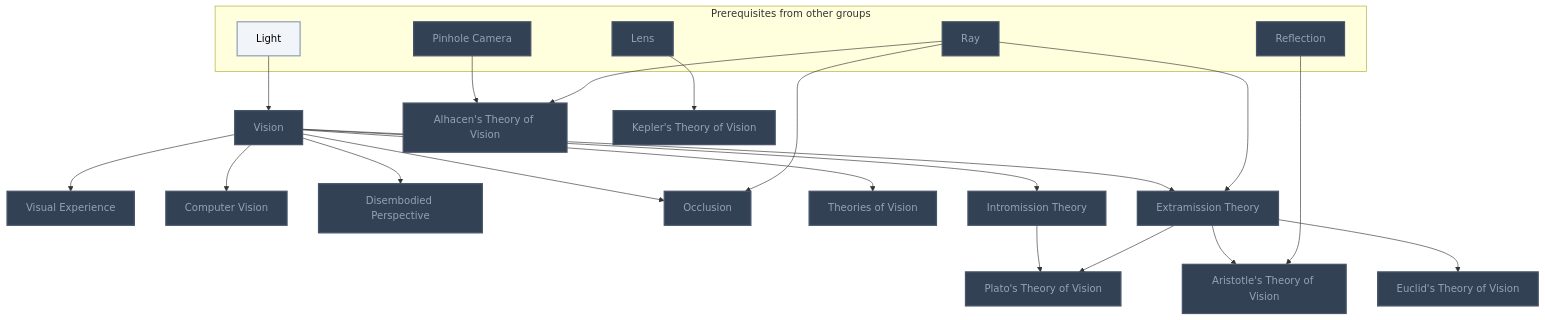
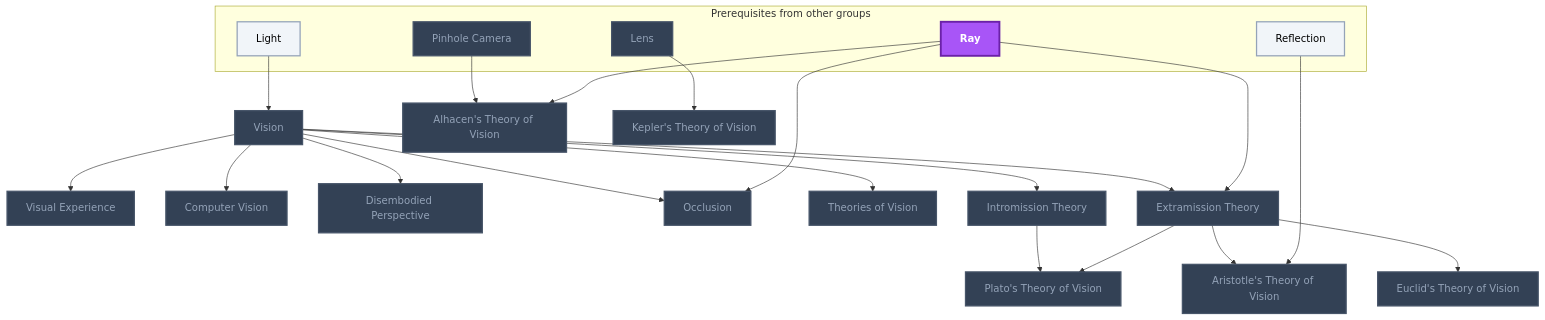
Before and after one commit to MRauf1/My-Notes: the first of 11 diagrams in Gamification/Skill Trees/Computer Vision.md, drawn with Mermaid. The commit also changed other lines of this file and 156 other files, not shown here.

````diff
--- a/Gamification/Skill Trees/Computer Vision.md
+++ b/Gamification/Skill Trees/Computer Vision.md
@@ -14,53 +14,54 @@
 ```mermaid
 flowchart TD
     classDef planned fill:#1E293B,stroke:#64748B,stroke-width:2px,stroke-dasharray:5 5,color:#94A3B8;
     classDef locked fill:#334155,stroke:#475569,stroke-width:2px,color:#94A3B8;
     classDef L0 fill:#F1F5F9,stroke:#94A3B8,stroke-width:2px,color:#000000;
     classDef L1 fill:#22C55E,stroke:#15803D,stroke-width:2px,color:#000000;
     classDef L2 fill:#3B82F6,stroke:#1D4ED8,stroke-width:3px,color:#FFFFFF;
     classDef L3 fill:#A855F7,stroke:#6B21A8,stroke-width:3px,color:#FFFFFF,font-weight:bold;
     classDef L4 fill:#F97316,stroke:#C2410C,stroke-width:4px,color:#000000,font-weight:bold;
     classDef L5 fill:#FFD700,stroke:#FF8C00,stroke-width:5px,color:#000000,font-weight:bold;
     classDef rusty stroke:#8B4513,stroke-width:4px,stroke-dasharray:3 3;
     subgraph sg_prereqs["Prerequisites from other groups"]
         n_light["Light"]
         n_ray["Ray"]
         n_reflection["Reflection"]
         n_pinhole_camera["Pinhole Camera"]
         n_lens["Lens"]
     end
     n_vision["Vision"]
     n_visual_experience["Visual Experience"]
     n_computer_vision["Computer Vision"]
     n_disembodied_perspective["Disembodied Perspective"]
     n_occlusion["Occlusion"]
     n_theories_of_vision["Theories of Vision"]
     n_extramission_theory["Extramission Theory"]
     n_intromission_theory["Intromission Theory"]
     n_plato_s_theory_of_vision["Plato's Theory of Vision"]
     n_aristotle_s_theory_of_vision["Aristotle's Theory of Vision"]
     n_euclid_s_theory_of_vision["Euclid's Theory of Vision"]
     n_alhacen_s_theory_of_vision["Alhacen's Theory of Vision"]
     n_kepler_s_theory_of_vision["Kepler's Theory of Vision"]
     n_light --> n_vision
     n_vision --> n_visual_experience
     n_vision --> n_computer_vision
     n_vision --> n_disembodied_perspective
     n_ray --> n_occlusion
     n_vision --> n_occlusion
     n_vision --> n_theories_of_vision
     n_ray --> n_extramission_theory
     n_vision --> n_extramission_theory
     n_vision --> n_intromission_theory
     n_extramission_theory --> n_plato_s_theory_of_vision
     n_intromission_theory --> n_plato_s_theory_of_vision
     n_reflection --> n_aristotle_s_theory_of_vision
     n_extramission_theory --> n_aristotle_s_theory_of_vision
     n_extramission_theory --> n_euclid_s_theory_of_vision
     n_ray --> n_alhacen_s_theory_of_vision
     n_pinhole_camera --> n_alhacen_s_theory_of_vision
     n_lens --> n_kepler_s_theory_of_vision
-    class n_ray,n_reflection,n_pinhole_camera,n_lens,n_vision,n_visual_experience,n_computer_vision,n_disembodied_perspective,n_occlusion,n_theories_of_vision,n_extramission_theory,n_intromission_theory,n_plato_s_theory_of_vision,n_aristotle_s_theory_of_vision,n_euclid_s_theory_of_vision,n_alhacen_s_theory_of_vision,n_kepler_s_theory_of_vision locked;
-    class n_light L0;
+    class n_pinhole_camera,n_lens,n_vision,n_visual_experience,n_computer_vision,n_disembodied_perspective,n_occlusion,n_theories_of_vision,n_extramission_theory,n_intromission_theory,n_plato_s_theory_of_vision,n_aristotle_s_theory_of_vision,n_euclid_s_theory_of_vision,n_alhacen_s_theory_of_vision,n_kepler_s_theory_of_vision locked;
+    class n_light,n_reflection L0;
+    class n_ray L3;
     class n_light,n_ray,n_reflection,n_pinhole_camera,n_lens,n_vision,n_visual_experience,n_computer_vision,n_disembodied_perspective,n_occlusion,n_theories_of_vision,n_extramission_theory,n_intromission_theory,n_plato_s_theory_of_vision,n_aristotle_s_theory_of_vision,n_euclid_s_theory_of_vision,n_alhacen_s_theory_of_vision,n_kepler_s_theory_of_vision internal-link;
 ```
````
